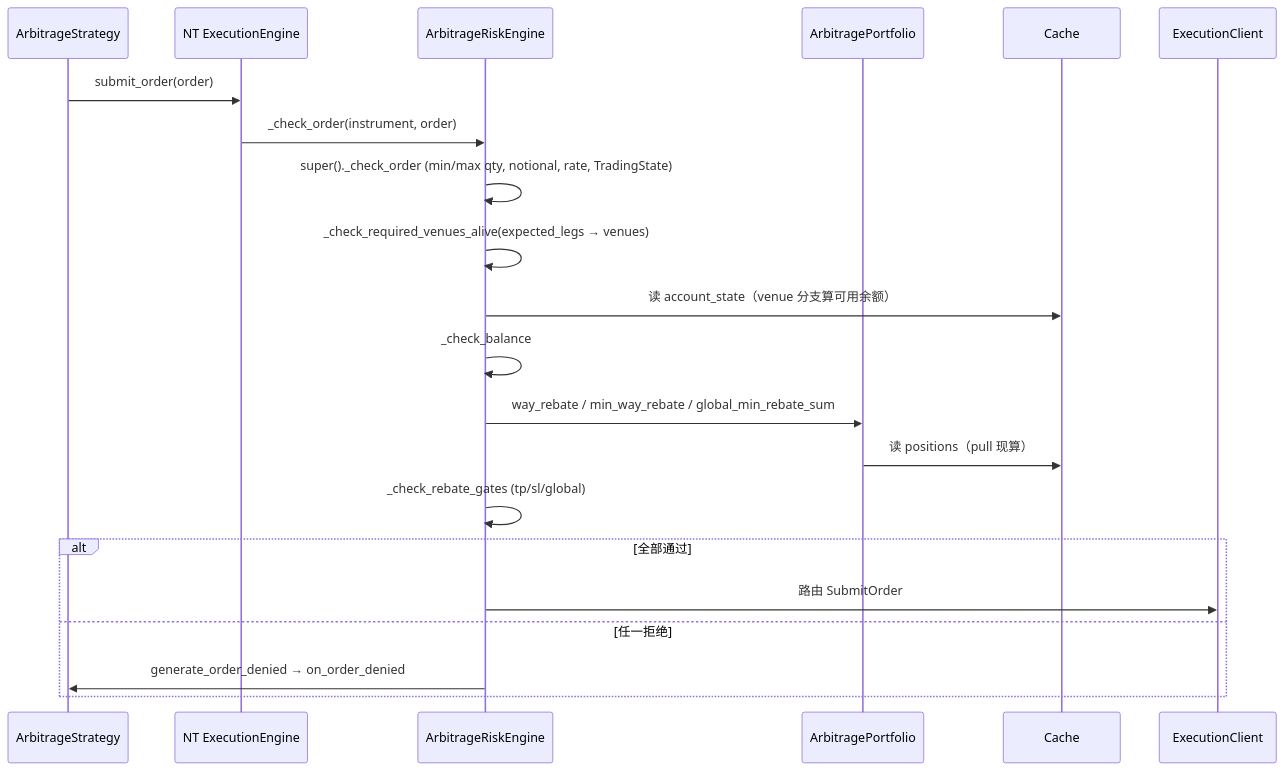
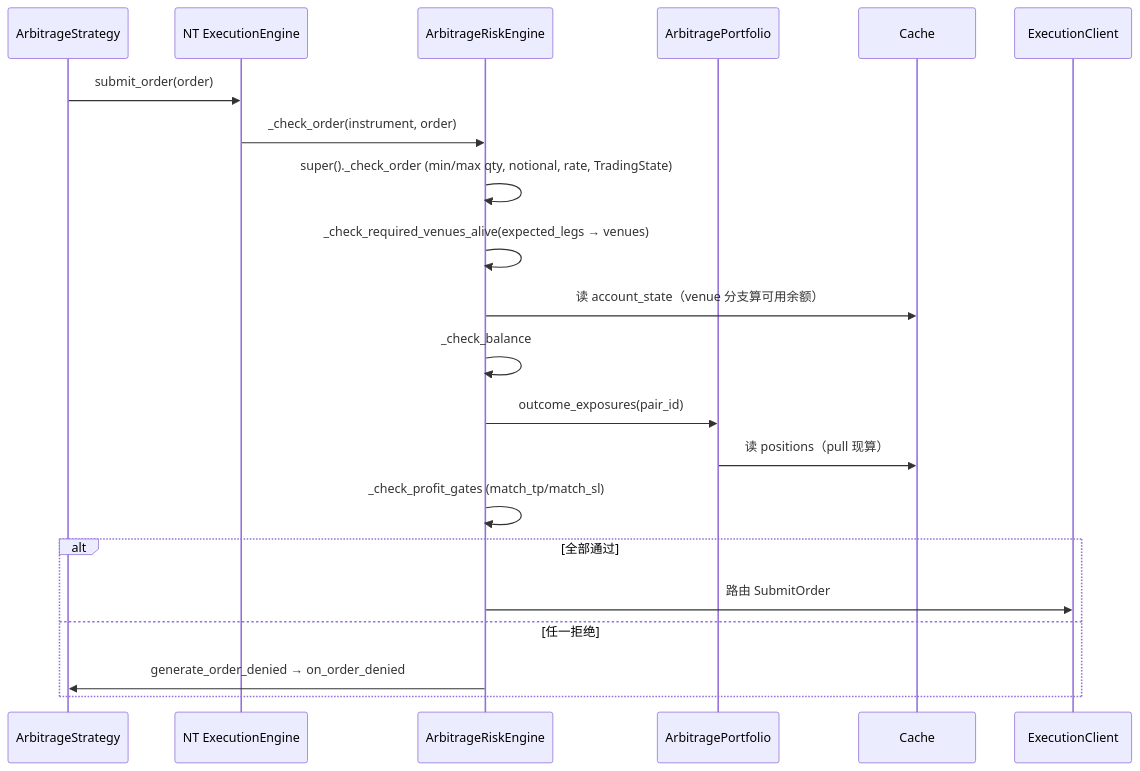
One commit to psnewer/nautilus_trader changed the third of 3 diagrams in docs/arbitrage/architectures/risk/architecture.md. Above: the diagram before and after it, drawn with Mermaid. The commit also changed other lines of this file and 37 other files, not shown here.

````diff
--- a/docs/arbitrage/architectures/risk/architecture.md
+++ b/docs/arbitrage/architectures/risk/architecture.md
@@ -267,24 +301,24 @@
 ```mermaid
 sequenceDiagram
   participant ST as ArbitrageStrategy
   participant EE as NT ExecutionEngine
   participant RE as ArbitrageRiskEngine
   participant AP as ArbitragePortfolio
   participant C as Cache
   participant EC as ExecutionClient
 
   ST->>EE: submit_order(order)
   EE->>RE: _check_order(instrument, order)
   RE->>RE: super()._check_order  (min/max qty, notional, rate, TradingState)
   RE->>RE: _check_required_venues_alive(expected_legs → venues)
   RE->>C: 读 account_state（venue 分支算可用余额）
   RE->>RE: _check_balance
-  RE->>AP: way_rebate / min_way_rebate / global_min_rebate_sum
+  RE->>AP: outcome_exposures(pair_id)
   AP->>C: 读 positions（pull 现算）
-  RE->>RE: _check_rebate_gates (tp/sl/global)
+  RE->>RE: _check_profit_gates (match_tp/match_sl)
   alt 全部通过
     RE->>EC: 路由 SubmitOrder
   else 任一拒绝
     RE->>ST: generate_order_denied → on_order_denied
   end
 ```
````
